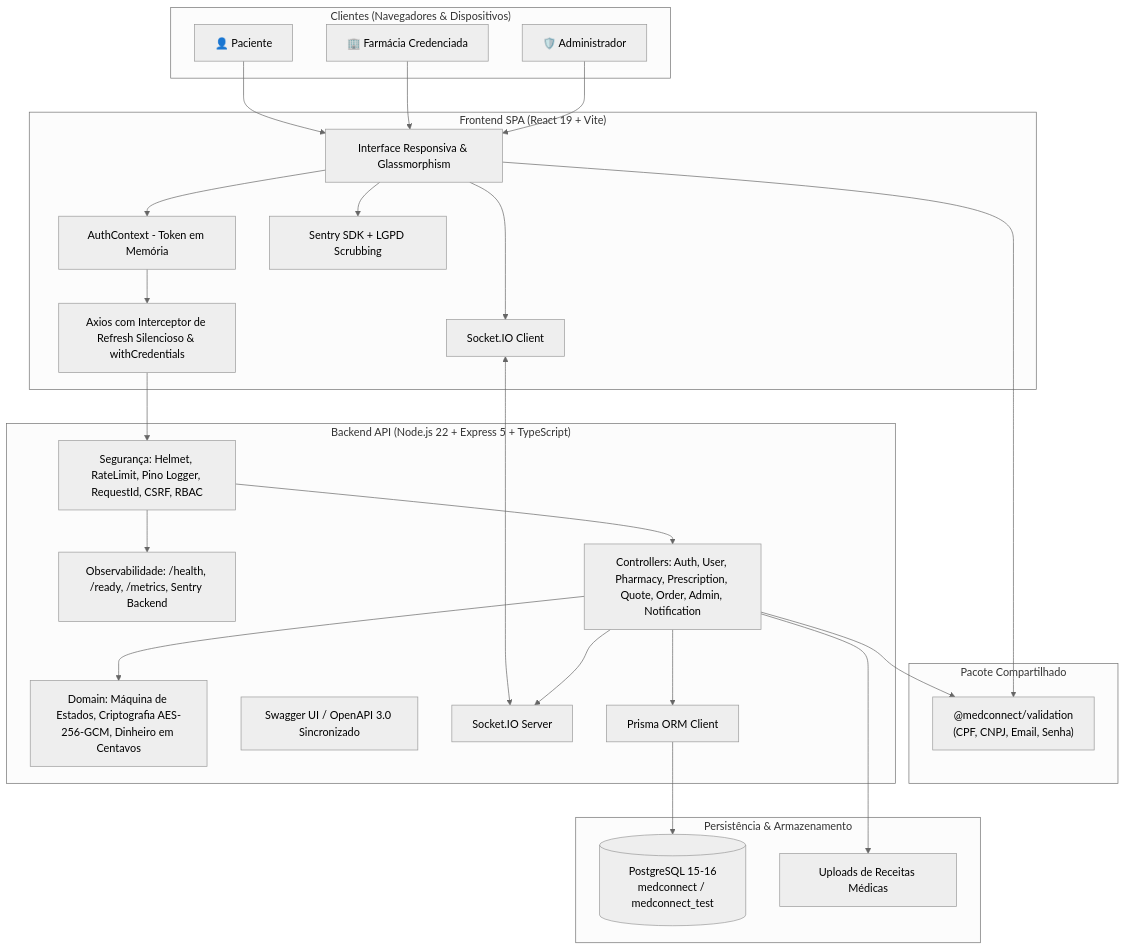
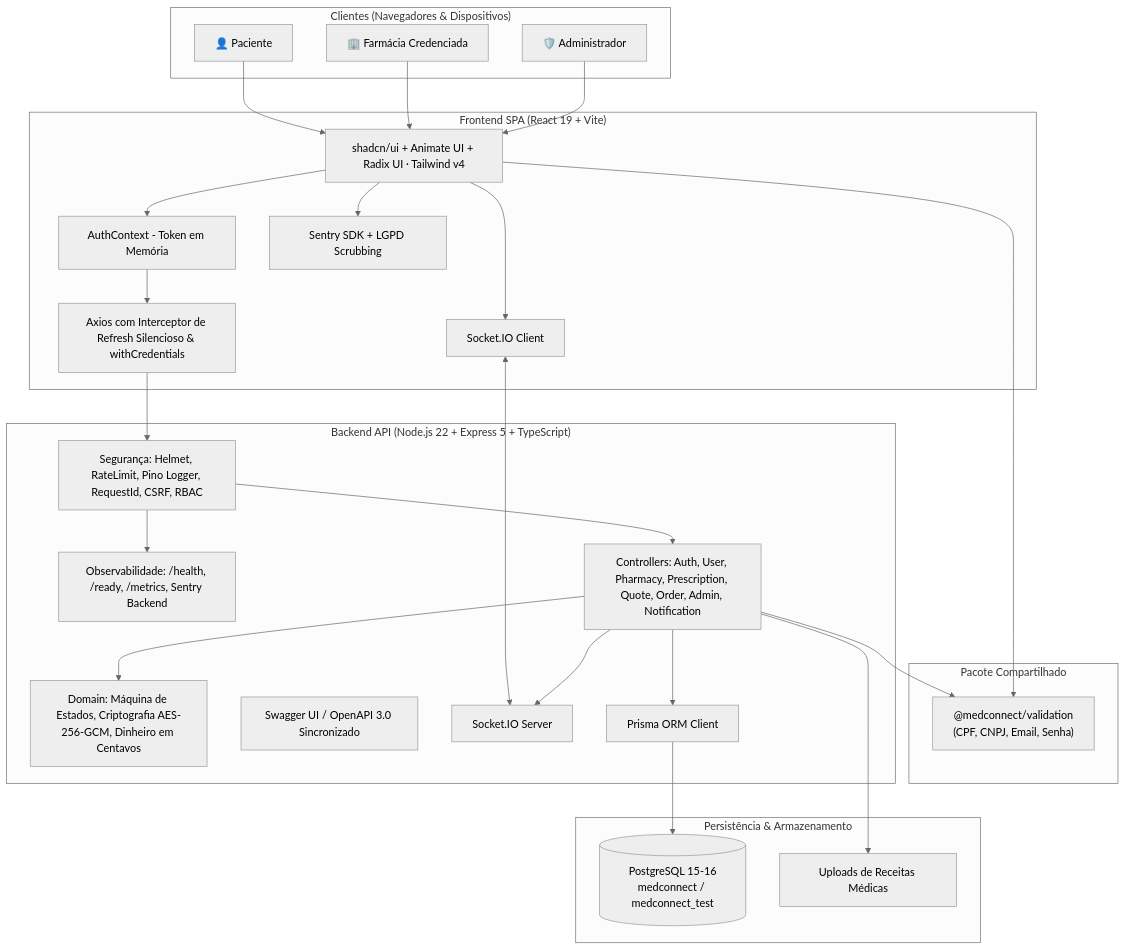
Before and after one commit to alexsander020/MedConnect_Application: the diagram in README.md, drawn with Mermaid (neutral theme). The commit also changed other lines of this file and 263 other files, not shown here.

````diff
--- a/README.md
+++ b/README.md
@@ -64,55 +71,55 @@
 ```mermaid
 graph TD
     subgraph Clientes ["Clientes (Navegadores & Dispositivos)"]
         P[👤 Paciente]
         F[🏢 Farmácia Credenciada]
         A[🛡️ Administrador]
     end
 
     subgraph Frontend ["Frontend SPA (React 19 + Vite)"]
-        UI[Interface Responsiva & Glassmorphism]
+        UI[shadcn/ui + Animate UI + Radix UI · Tailwind v4]
         AuthCtx[AuthContext - Token em Memória]
         ApiClient[Axios com Interceptor de Refresh Silencioso & withCredentials]
         SocketClient[Socket.IO Client]
         SentryFront[Sentry SDK + LGPD Scrubbing]
     end
 
     subgraph Shared ["Pacote Compartilhado"]
         Val["@medconnect/validation\n(CPF, CNPJ, Email, Senha)"]
     end
 
     subgraph Backend ["Backend API (Node.js 22 + Express 5 + TypeScript)"]
         MW[Segurança: Helmet, RateLimit, Pino Logger, RequestId, CSRF, RBAC]
         Obs[Observabilidade: /health, /ready, /metrics, Sentry Backend]
         Controllers[Controllers: Auth, User, Pharmacy, Prescription, Quote, Order, Admin, Notification]
         Domain[Domain: Máquina de Estados, Criptografia AES-256-GCM, Dinheiro em Centavos]
         Swagger[Swagger UI / OpenAPI 3.0 Sincronizado]
         SocketServer[Socket.IO Server]
         Prisma[Prisma ORM Client]
     end
 
     subgraph Storage ["Persistência & Armazenamento"]
         DB[(PostgreSQL 15-16\nmedconnect / medconnect_test)]
         Uploads[Uploads de Receitas Médicas]
     end
 
     P --> UI
     F --> UI
     A --> UI
     UI --> AuthCtx
     AuthCtx --> ApiClient
     UI --> Val
     UI --> SocketClient
     UI --> SentryFront
 
     ApiClient --> MW
     SocketClient <--> SocketServer
     MW --> Obs
     MW --> Controllers
     Controllers --> Domain
     Controllers --> Val
     Controllers --> Prisma
     Controllers --> SocketServer
     Controllers --> Uploads
     Prisma --> DB
 ```
````
